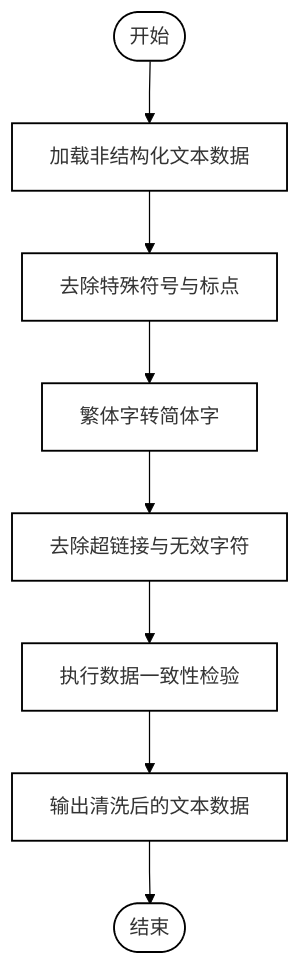
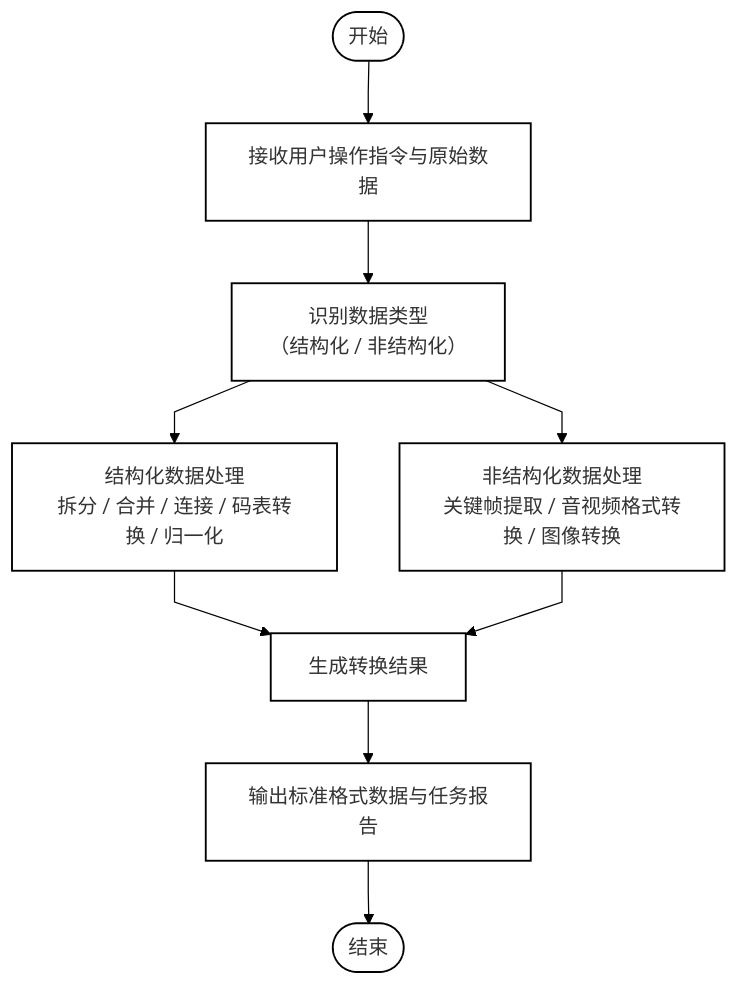
The diagram in all/未命名.md (dremup/iodraw-files), drawn with Mermaid before and after one commit.

Commit message:
2025-11-14 10:29:28 update

````diff
--- a/all/未命名.md
+++ b/all/未命名.md
@@ -1,29 +1,37 @@
 ```mermaid
 %%{init:{
   "flowchart":{"direction":"TB","curve":"linear","htmlLabels":true},
   "themeVariables":{
     "background":"transparent",
     "edgeLabelBackground":"transparent",
     "primaryTextColor":"#000000",
     "lineColor":"#000000",
     "fontSize":"16px"
   },
   "themeCSS":".edgeLabel rect{fill:transparent!important;stroke:transparent!important;}"
 }}%%
 flowchart TB
-  A([开始]):::ellipse --> B[加载非结构化文本数据]:::rect
-  B --> C[去除特殊符号与标点]:::rect
-  C --> D[繁体字转简体字]:::rect
-  D --> E[去除超链接与无效字符]:::rect
-  E --> F[执行数据一致性检验]:::rect
-  F --> G[输出清洗后的文本数据]:::rect
-  G --> H([结束]):::ellipse
+  A([开始]):::ellipse --> B[接收用户操作指令与原始数据]:::rect
+  B --> C[识别数据类型<br/>（结构化 / 非结构化）]:::rect
+  
+  %% 结构化数据转换
+  C --> D1[结构化数据处理<br/>拆分 / 合并 / 连接 / 码表转换 / 归一化]:::rect
+  
+  %% 非结构化数据转换
+  C --> D2[非结构化数据处理<br/>关键帧提取 / 音视频格式转换 / 图像转换]:::rect
+  
+  %% 合并流程
+  D1 --> E[生成转换结果]:::rect
+  D2 --> E
+  
+  E --> F[输出标准格式数据与任务报告]:::rect
+  F --> G([结束]):::ellipse
 
   %% 样式定义
   linkStyle default interpolate linear;
   classDef ellipse fill:transparent,stroke:#000,stroke-width:1.5px,rx:25,ry:25;
   classDef rect fill:transparent,stroke:#000,stroke-width:1.5px;
-  class A,H ellipse;
-  class B,C,D,E,F,G rect;
+  class A,G ellipse;
+  class B,C,D1,D2,E,F rect;
 
 ```
````
